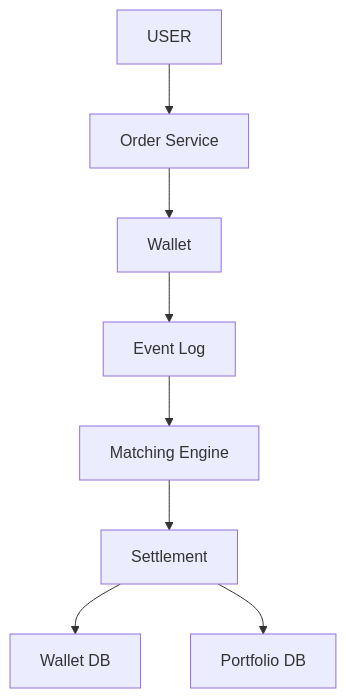
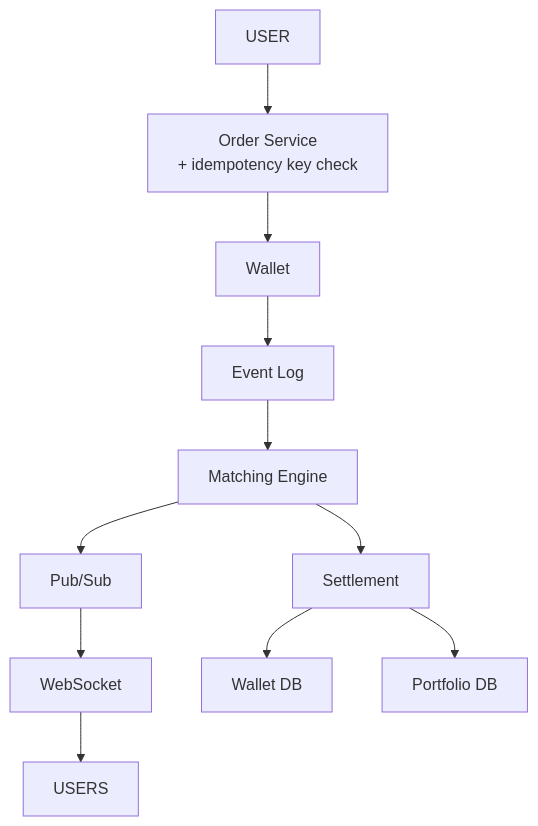
Before and after one commit to ArpanMaheshwari144/Prep: the ninth of 10 diagrams in 04_HLD/SYSTEM_DESIGNS/05_stock_broker_trading/05_stock_broker_trading.md, drawn with Mermaid. The commit also changed other lines of this file, not shown here.

Commit message:
stock: one-day story in first person, cues, kahani index, progressive diagrams

````diff
--- a/04_HLD/SYSTEM_DESIGNS/05_stock_broker_trading/05_stock_broker_trading.md
+++ b/04_HLD/SYSTEM_DESIGNS/05_stock_broker_trading/05_stock_broker_trading.md
@@ -350,18 +451,24 @@
 ```mermaid
 flowchart TD
     n_USER["USER"]
-    n_Order_Service["Order Service"]
+    n_Order_Service["Order Service<br/>+ idempotency key check"]
     n_Wallet["Wallet"]
     n_Event_Log["Event Log"]
     n_Matching_Engine["Matching Engine"]
+    n_Pub_Sub["Pub/Sub"]
+    n_WebSocket["WebSocket"]
+    n_USERS["USERS"]
     n_Settlement["Settlement"]
     n_Wallet_DB["Wallet DB"]
     n_Portfolio_DB["Portfolio DB"]
     n_USER --> n_Order_Service
     n_Order_Service --> n_Wallet
     n_Wallet --> n_Event_Log
     n_Event_Log --> n_Matching_Engine
     n_Matching_Engine --> n_Settlement
     n_Settlement --> n_Wallet_DB
     n_Settlement --> n_Portfolio_DB
+    n_Matching_Engine --> n_Pub_Sub
+    n_Pub_Sub --> n_WebSocket
+    n_WebSocket --> n_USERS
 ```
````
